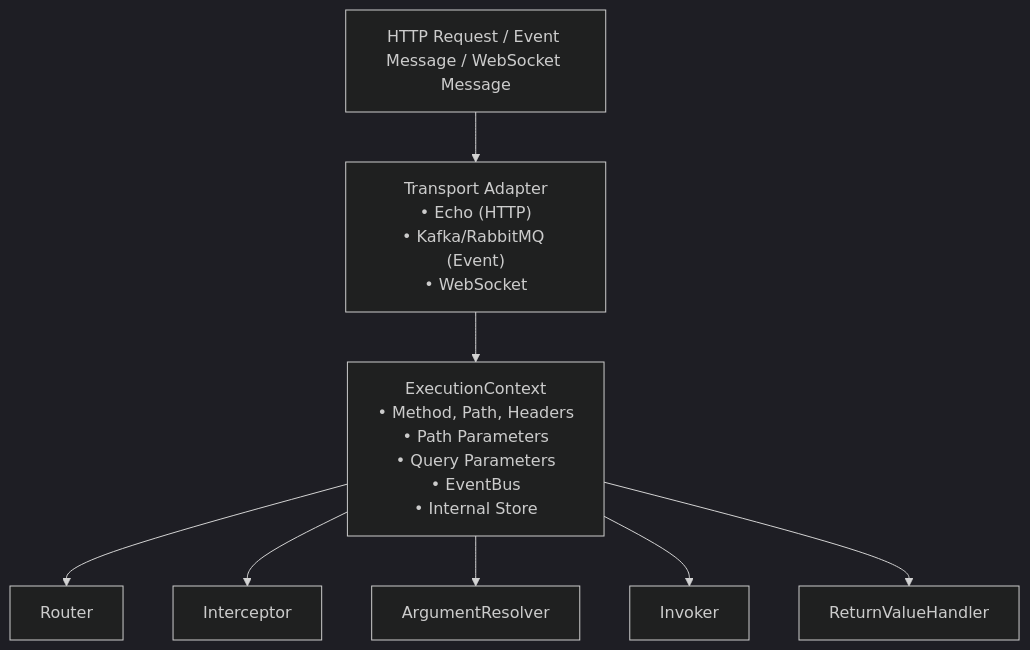
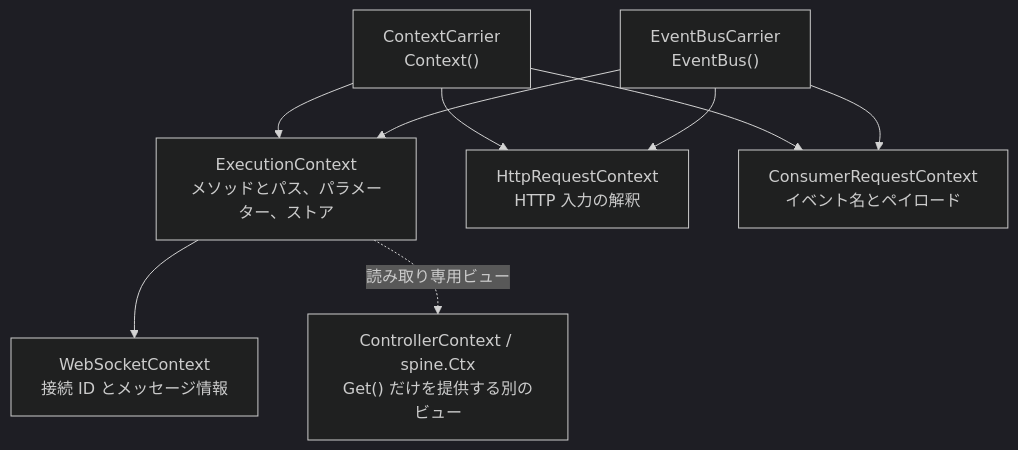
The diagram in docs/ja/learn/core-concepts/execution-context.md (NARUBROWN/spine-site), drawn with Mermaid (dark theme) before and after one commit. The commit also changed other lines of this file and 158 other files, not shown here.

````diff
--- a/docs/ja/learn/core-concepts/execution-context.md
+++ b/docs/ja/learn/core-concepts/execution-context.md
@@ -13,23 +31,19 @@
 ```mermaid
 graph TD
-    Request["HTTP Request / Event Message / WebSocket Message"]
-    
-    Transport["Transport Adapter<br>• Echo (HTTP)<br>• Kafka/RabbitMQ (Event)<br>• WebSocket"]
-    
-    Context["ExecutionContext<br>• Method, Path, Headers<br>• Path Parameters<br>• Query Parameters<br>• EventBus<br>• Internal Store"]
-    
-    Router["Router"]
-    Interceptor["Interceptor"]
-    ArgResolver["ArgumentResolver"]
-    Invoker["Invoker"]
-    ReturnHandler["ReturnValueHandler"]
+    Base["ContextCarrier<br>Context()"]
+    Bus["EventBusCarrier<br>EventBus()"]
+    Execution["ExecutionContext<br>メソッドとパス、パラメーター、ストア"]
+    HTTP["HttpRequestContext<br>HTTP 入力の解釈"]
+    Consumer["ConsumerRequestContext<br>イベント名とペイロード"]
+    WS["WebSocketContext<br>接続 ID とメッセージ情報"]
+    View["ControllerContext / spine.Ctx<br>Get() だけを提供する別のビュー"]
 
-    Request --> Transport
-    Transport --> Context
-    
-    Context --> Router
-    Context --> Interceptor
-    Context --> ArgResolver
-    Context --> Invoker
-    Context --> ReturnHandler
+    Base --> Execution
+    Bus --> Execution
+    Base --> HTTP
+    Bus --> HTTP
+    Base --> Consumer
+    Bus --> Consumer
+    Execution --> WS
+    Execution -. 読み取り専用ビュー .-> View
 ```
````
